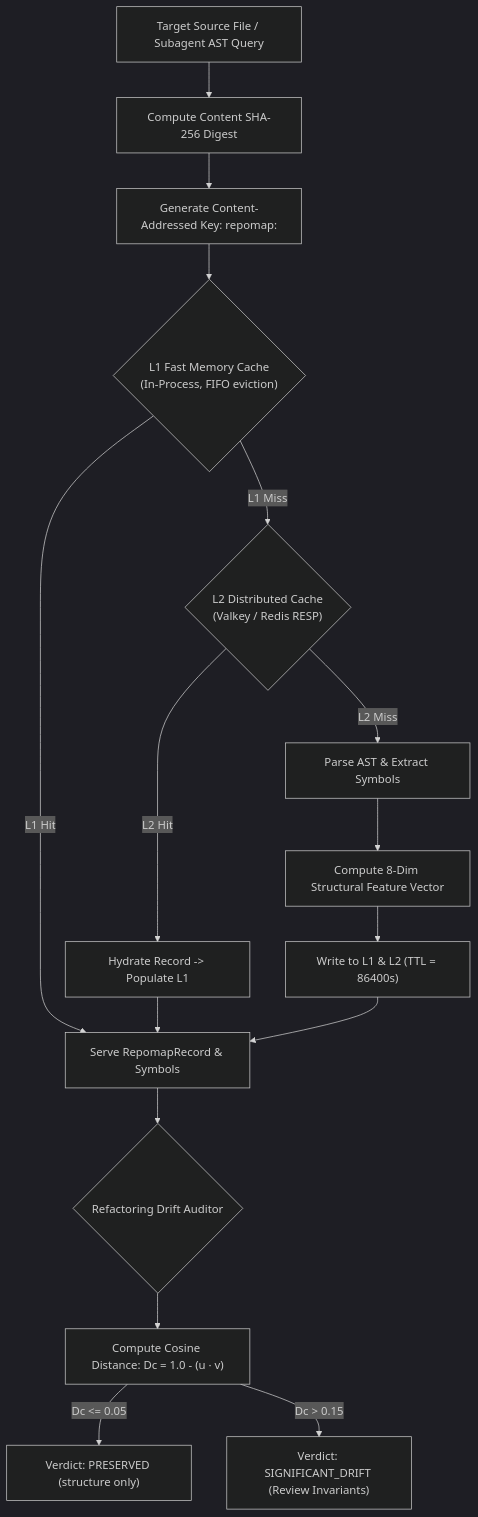
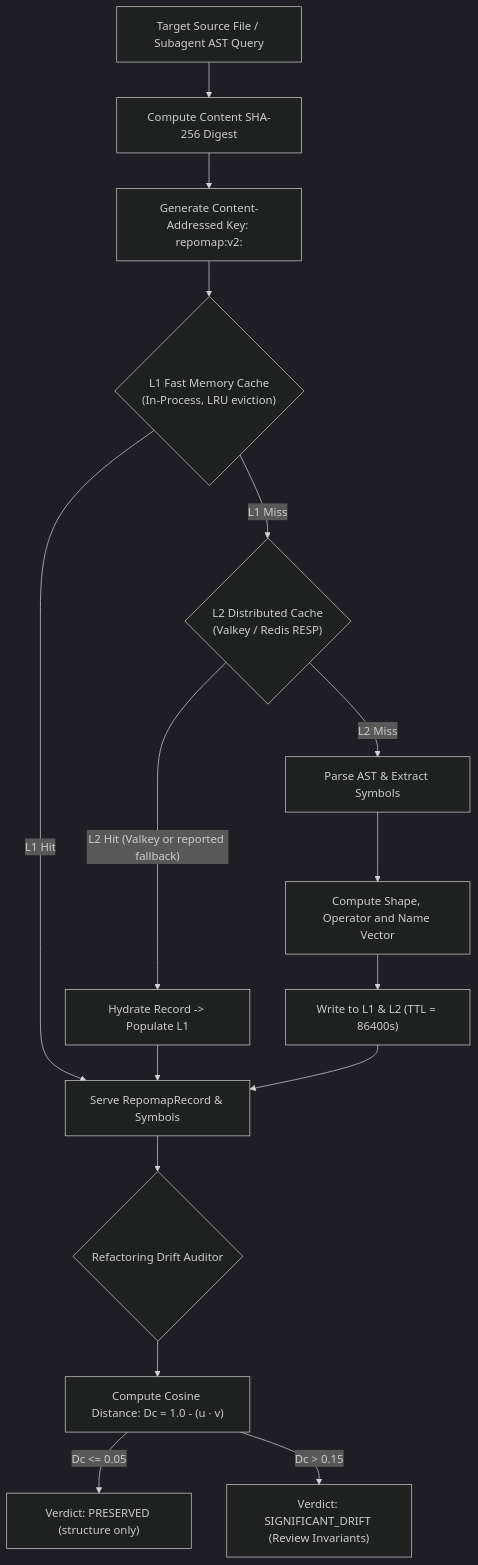
One commit to dan-petty/vibes changed the diagram in observations/systems/04-content-addressed-two-tier-caching-and-embedding-drift-audits.md. Above: the diagram before and after it, drawn with Mermaid (dark theme). The commit also changed other lines of this file and 5 other files, not shown here.

First line of the commit message:
fix: Report Valkey cache fallback, real drift and LRU (#228)

````diff
--- a/observations/systems/04-content-addressed-two-tier-caching-and-embedding-drift-audits.md
+++ b/observations/systems/04-content-addressed-two-tier-caching-and-embedding-drift-audits.md
@@ -26,20 +26,20 @@
 ```mermaid
 flowchart TD
     Req["Target Source File / Subagent AST Query"] --> HASH["Compute Content SHA-256 Digest"]
-    HASH --> KEY["Generate Content-Addressed Key: repomap:<sha256>"]
+    HASH --> KEY["Generate Content-Addressed Key: repomap:v2:<sha256>"]
 
-    KEY --> L1{"L1 Fast Memory Cache<br/>(In-Process, FIFO eviction)"}
+    KEY --> L1{"L1 Fast Memory Cache<br/>(In-Process, LRU eviction)"}
     L1 -->|"L1 Hit"| Serve["Serve RepomapRecord & Symbols"]
     L1 -->|L1 Miss| L2{"L2 Distributed Cache<br/>(Valkey / Redis RESP)"}
 
-    L2 -->|"L2 Hit"| Hydrate["Hydrate Record -> Populate L1"] --> Serve
+    L2 -->|"L2 Hit (Valkey or reported fallback)"| Hydrate["Hydrate Record -> Populate L1"] --> Serve
     L2 -->|L2 Miss| Compute["Parse AST & Extract Symbols"]
 
-    Compute --> Embed["Compute 8-Dim Structural Feature Vector"]
+    Compute --> Embed["Compute Shape, Operator and Name Vector"]
     Embed --> Store["Write to L1 & L2 (TTL = 86400s)"] --> Serve
 
     Serve --> Drift{"Refactoring Drift Auditor"}
     Drift --> Cosine["Compute Cosine Distance: Dc = 1.0 - (u · v)"]
     Cosine -->|"Dc <= 0.05"| OK["Verdict: PRESERVED (structure only)"]
     Cosine -->|"Dc > 0.15"| Warn["Verdict: SIGNIFICANT_DRIFT (Review Invariants)"]
 ```
````
